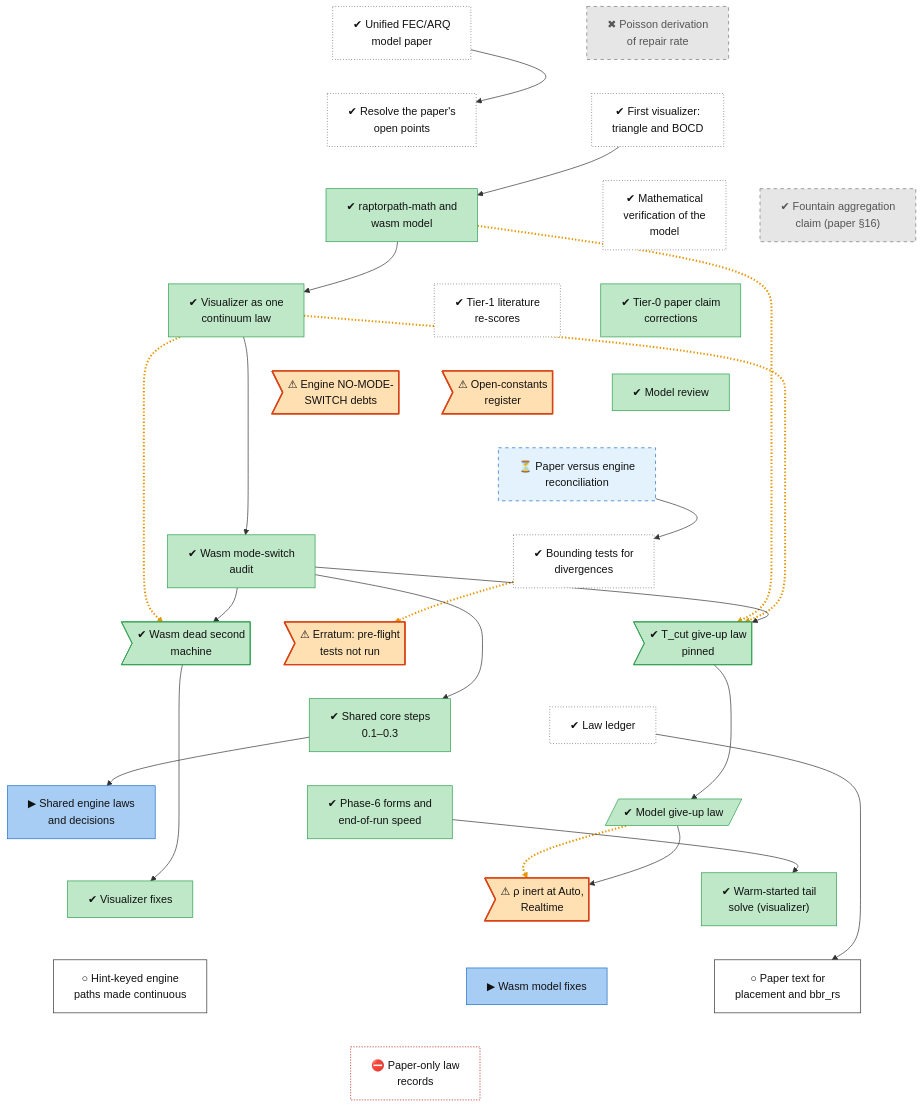
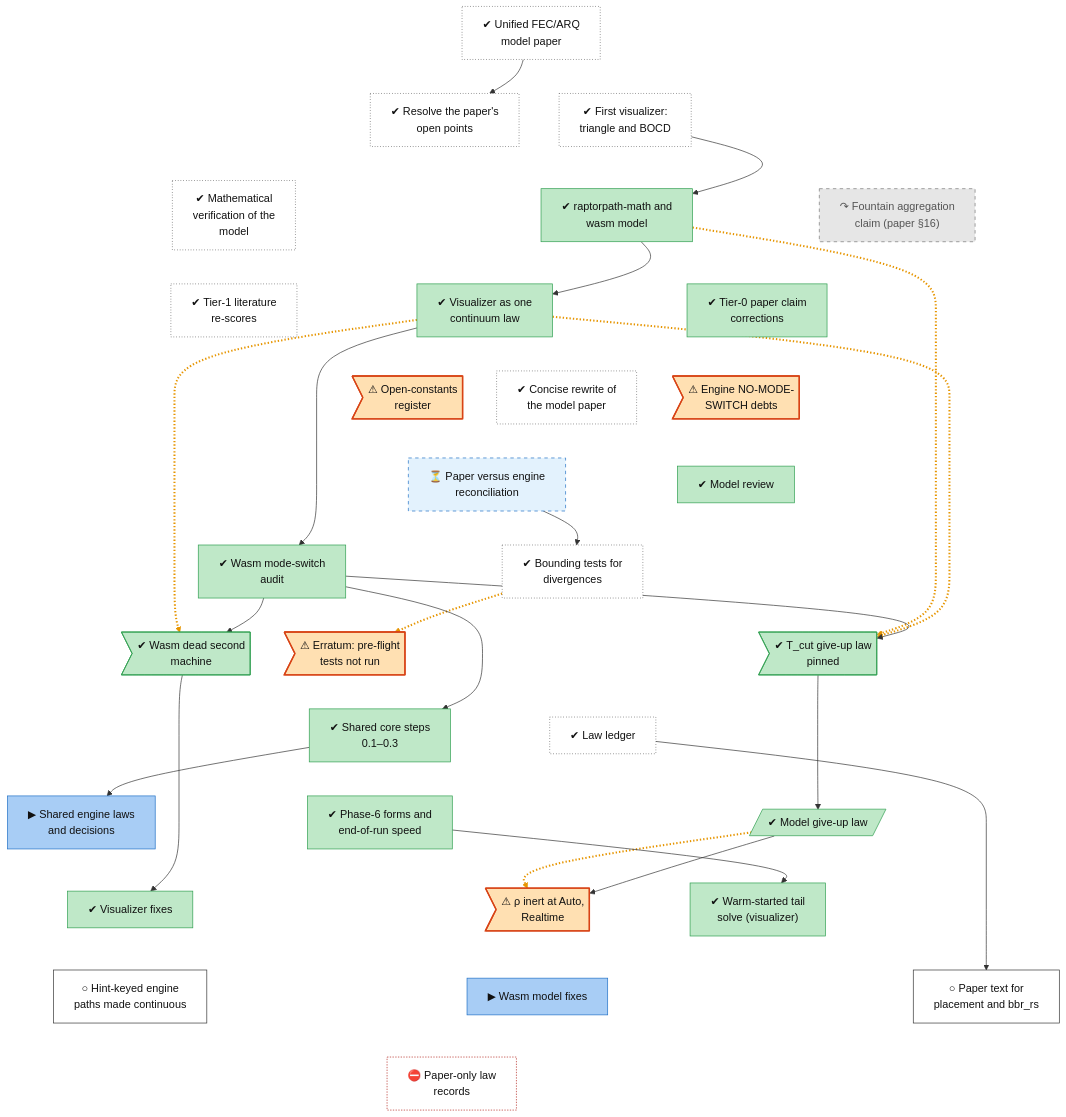
The diagram in docs/roadmap/tracks/model.md (lhns/raptorpath), drawn with Mermaid before and after one commit. The commit also changed other lines of this file and 17 other files, not shown here.

First line of the commit message:
roadmap: apply the merged-roadmap review

````diff
--- a/docs/roadmap/tracks/model.md
+++ b/docs/roadmap/tracks/model.md
@@ -10,17 +10,17 @@
 ```mermaid
 flowchart TB
     model_paper_v1["✔ Unified FEC/ARQ<br/>model paper"]
-    model_poisson_rate["✖ Poisson derivation<br/>of repair rate"]
     model_open_points["✔ Resolve the paper's<br/>open points"]
     model_visualizer_v1["✔ First visualizer:<br/>triangle and BOCD"]
     model_wasm_l0["✔ raptorpath-math and<br/>wasm model"]
     model_math_verification["✔ Mathematical<br/>verification of the<br/>model"]
-    model_s16_fountain["✔ Fountain aggregation<br/>claim (paper #167;16)"]
+    model_s16_fountain["↷ Fountain aggregation<br/>claim (paper #167;16)"]
     model_vis_continuum["✔ Visualizer as one<br/>continuum law"]
     model_tier1_rescores["✔ Tier-1 literature<br/>re-scores"]
     model_tier0_corrections["✔ Tier-0 paper claim<br/>corrections"]
     model_mode_switch_debts>"⚠ Engine NO-MODE-<br/>SWITCH debts"]
     model_open_constants>"⚠ Open-constants<br/>register"]
+    model_paper_rewrite["✔ Concise rewrite of<br/>the model paper"]
     model_review_37["✔ Model review"]
     model_paper_recon["⏳ Paper versus engine<br/>reconciliation"]
     model_bound_tests["✔ Bounding tests for<br/>divergences"]
@@ -41,7 +41,7 @@
     model_fix_paper_p2["○ Paper text for<br/>placement and bbr_rs"]
     model_fix_paper_p3["⛔ Paper-only law<br/>records"]
     model_paper_v1 ~~~ model_open_points
-    model_poisson_rate ~~~ model_visualizer_v1
+    model_paper_v1 ~~~ model_visualizer_v1
     model_open_points ~~~ model_wasm_l0
     model_visualizer_v1 ~~~ model_math_verification
     model_visualizer_v1 ~~~ model_s16_fountain
@@ -50,11 +50,11 @@
     model_s16_fountain ~~~ model_tier0_corrections
     model_vis_continuum ~~~ model_mode_switch_debts
     model_tier1_rescores ~~~ model_open_constants
-    model_tier0_corrections ~~~ model_review_37
-    model_mode_switch_debts ~~~ model_paper_recon
+    model_tier0_corrections ~~~ model_paper_rewrite
+    model_mode_switch_debts ~~~ model_review_37
     model_open_constants ~~~ model_paper_recon
-    model_review_37 ~~~ model_paper_recon
-    model_paper_recon ~~~ model_bound_tests
+    model_paper_rewrite ~~~ model_paper_recon
+    model_review_37 ~~~ model_bound_tests
     model_paper_recon ~~~ model_wasm_audit
     model_bound_tests ~~~ model_defect_tcut
     model_wasm_audit ~~~ model_defect_dead_machine
@@ -107,9 +107,9 @@
     classDef userdec fill:#d9c2f0,stroke:#7b3fb5,color:#111
     classDef defect fill:#ffe0b2,stroke:#d84315,stroke-width:2px,color:#111
     classDef waiting fill:#e3f2fd,stroke:#1f6fc5,stroke-dasharray:5 5,color:#111
-    class model_paper_v1,model_open_points,model_visualizer_v1,model_math_verification,model_tier1_rescores,model_bound_tests,model_law_ledger unrated
-    class model_poisson_rate,model_s16_fountain dead
+    class model_paper_v1,model_open_points,model_visualizer_v1,model_math_verification,model_tier1_rescores,model_paper_rewrite,model_bound_tests,model_law_ledger unrated
     class model_wasm_l0,model_vis_continuum,model_tier0_corrections,model_review_37,model_wasm_audit,model_defect_tcut,model_defect_dead_machine,model_shared_core_0,model_endspeed,model_giveup_law,model_viz_fix,model_warm_start succ
+    class model_s16_fountain dead
     class model_mode_switch_debts,model_open_constants,model_bound_tests_unrun,model_defect_rho_inert defect
     class model_paper_recon waiting
     class model_shared_core,model_wasm_fixes inprog
````
